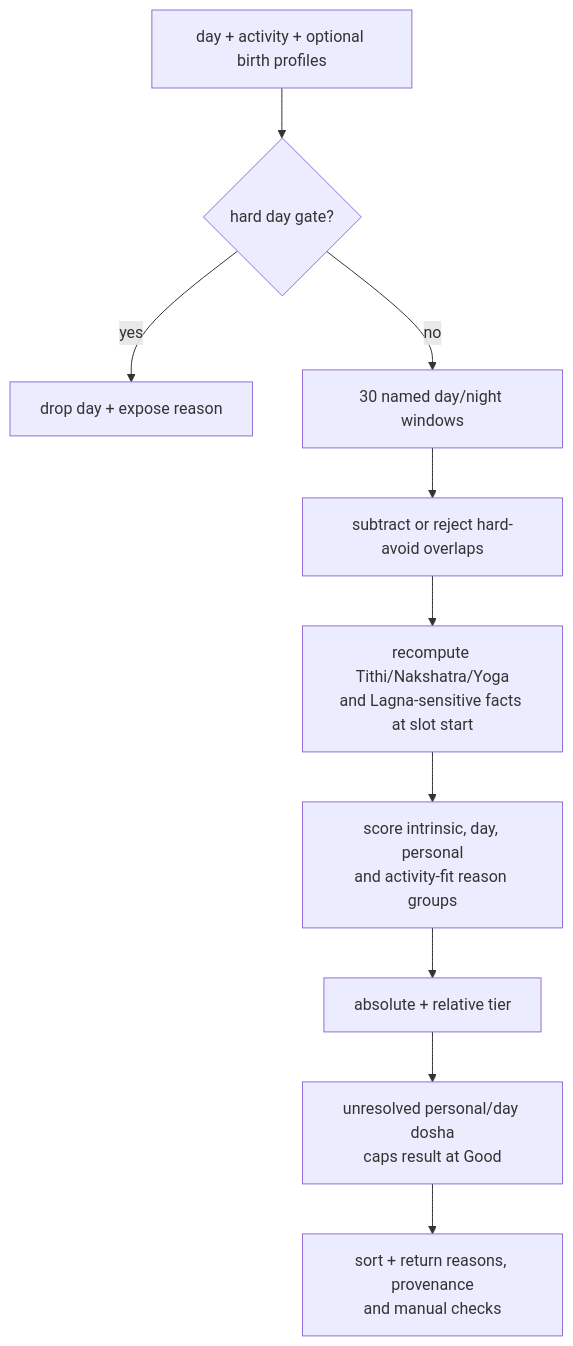
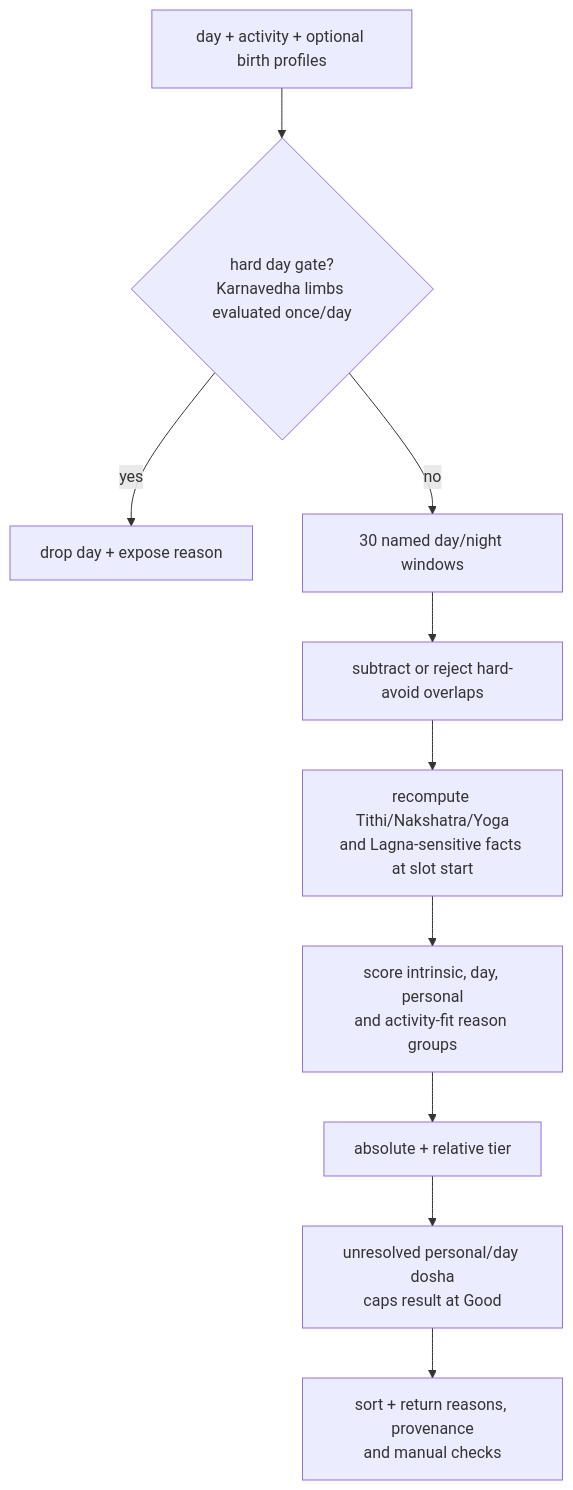
One commit to socraticsurge/telugu-calendar-utilities changed the second of 2 diagrams in docs/reference/03-computational-features.md. Above: the diagram before and after it, drawn with Mermaid. The commit also changed other lines of this file and 54 other files, not shown here.

````diff
--- a/docs/reference/03-computational-features.md
+++ b/docs/reference/03-computational-features.md
@@ -131,12 +131,12 @@
 ```mermaid
 flowchart TB
-    A["day + activity + optional birth profiles"] --> B{"hard day gate?"}
+    A["day + activity + optional birth profiles"] --> B{"hard day gate?<br/>Karnavedha limbs evaluated once/day"}
     B -->|yes| DROP["drop day + expose reason"]
     B -->|no| C["30 named day/night windows"]
     C --> D["subtract or reject hard-avoid overlaps"]
     D --> E["recompute Tithi/Nakshatra/Yoga<br/>and Lagna-sensitive facts at slot start"]
     E --> F["score intrinsic, day, personal<br/>and activity-fit reason groups"]
     F --> G["absolute + relative tier"]
     G --> H["unresolved personal/day dosha<br/>caps result at Good"]
     H --> I["sort + return reasons, provenance<br/>and manual checks"]
 ```
````
